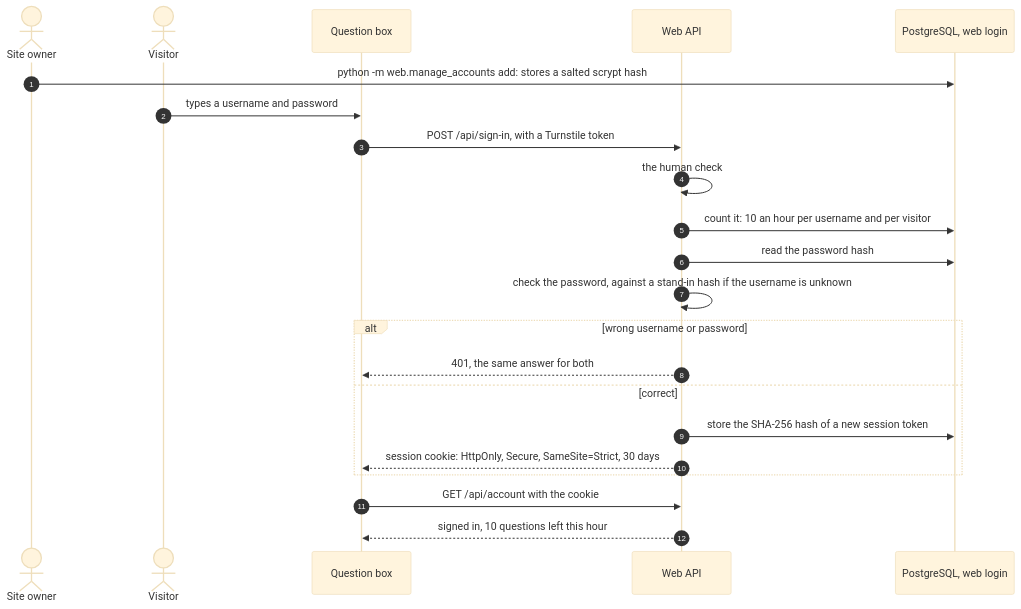
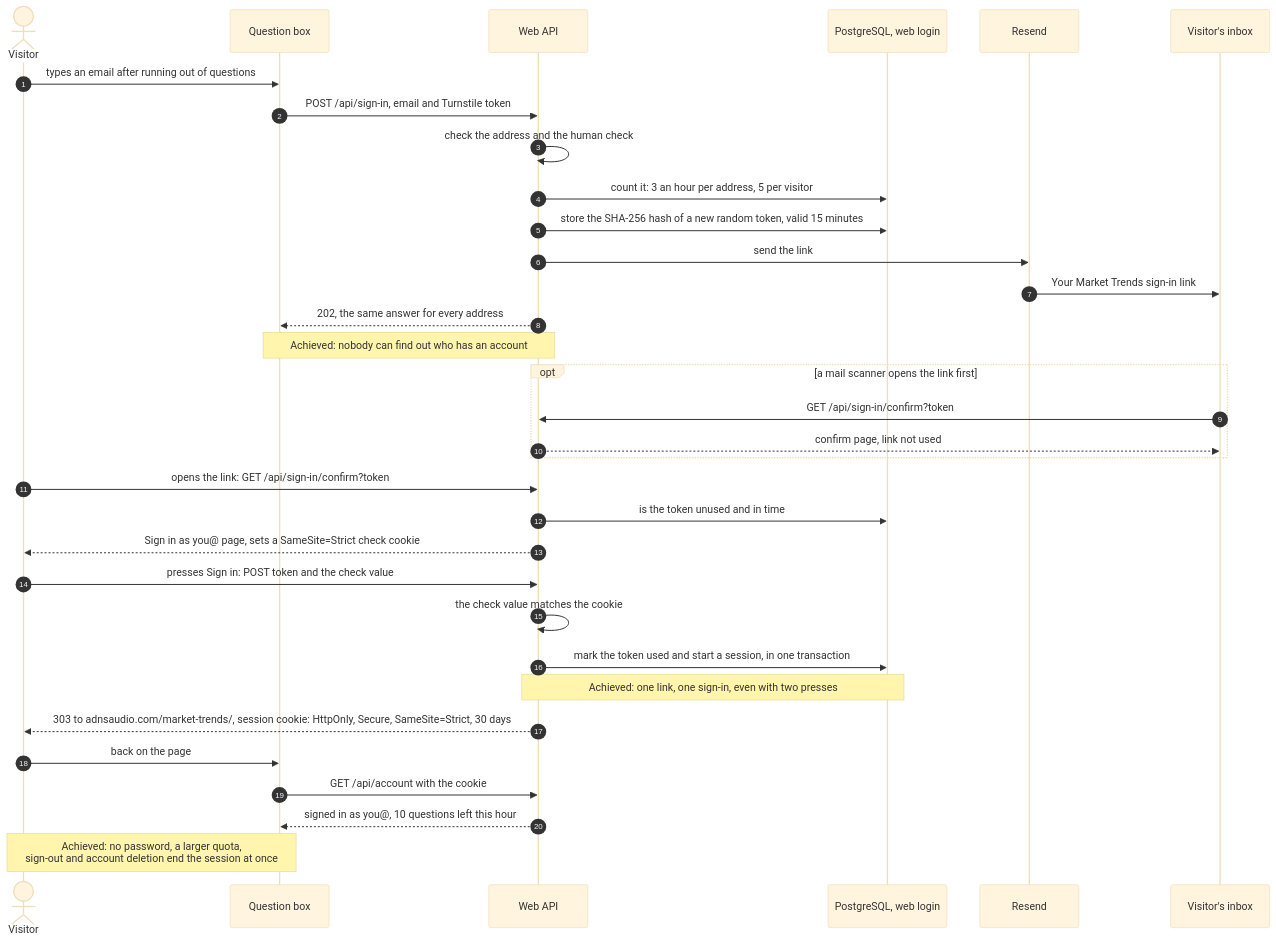
Before and after one commit to AntonisKol/music-catalogue-market-trends-wip: the fifth of 5 diagrams in docs/architecture.md, drawn with Mermaid (base theme). The commit also changed other lines of this file and 16 other files, not shown here.

First line of the commit message:
Let visitors sign up by email link and return to the page

````diff
--- a/docs/architecture.md
+++ b/docs/architecture.md
@@ -357,25 +359,36 @@
 ```mermaid
 sequenceDiagram
     autonumber
-    actor O as Site owner
     actor V as Visitor
     participant UI as Question box
     participant API as Web API
     participant Pg as PostgreSQL, web login
+    participant RS as Resend
+    participant M as Visitor's inbox
 
-    O->>Pg: python -m web.manage_accounts add: stores a salted scrypt hash
-    V->>UI: types a username and password
-    UI->>API: POST /api/sign-in, with a Turnstile token
-    API->>API: the human check
-    API->>Pg: count it: 10 an hour per username and per visitor
-    API->>Pg: read the password hash
-    API->>API: check the password, against a stand-in hash if the username is unknown
-    alt wrong username or password
-        API-->>UI: 401, the same answer for both
-    else correct
-        API->>Pg: store the SHA-256 hash of a new session token
-        API-->>UI: session cookie: HttpOnly, Secure, SameSite=Strict, 30 days
+    V->>UI: types an email after running out of questions
+    UI->>API: POST /api/sign-in, email and Turnstile token
+    API->>API: check the address and the human check
+    API->>Pg: count it: 3 an hour per address, 5 per visitor
+    API->>Pg: store the SHA-256 hash of a new random token, valid 15 minutes
+    API->>RS: send the link
+    RS->>M: Your Market Trends sign-in link
+    API-->>UI: 202, the same answer for every address
+    Note over UI,API: Achieved: nobody can find out who has an account
+    opt a mail scanner opens the link first
+        M->>API: GET /api/sign-in/confirm?token
+        API-->>M: confirm page, link not used
     end
+    V->>API: opens the link: GET /api/sign-in/confirm?token
+    API->>Pg: is the token unused and in time
+    API-->>V: Sign in as you@ page, sets a SameSite=Strict check cookie
+    V->>API: presses Sign in: POST token and the check value
+    API->>API: the check value matches the cookie
+    API->>Pg: mark the token used and start a session, in one transaction
+    Note over API,Pg: Achieved: one link, one sign-in, even with two presses
+    API-->>V: 303 to adnsaudio.com/market-trends/, session cookie: HttpOnly, Secure, SameSite=Strict, 30 days
+    V->>UI: back on the page
     UI->>API: GET /api/account with the cookie
-    API-->>UI: signed in, 10 questions left this hour
+    API-->>UI: signed in as you@, 10 questions left this hour
+    Note over V,UI: Achieved: no password, a larger quota,<br/>sign-out and account deletion end the session at once
 ```
````
